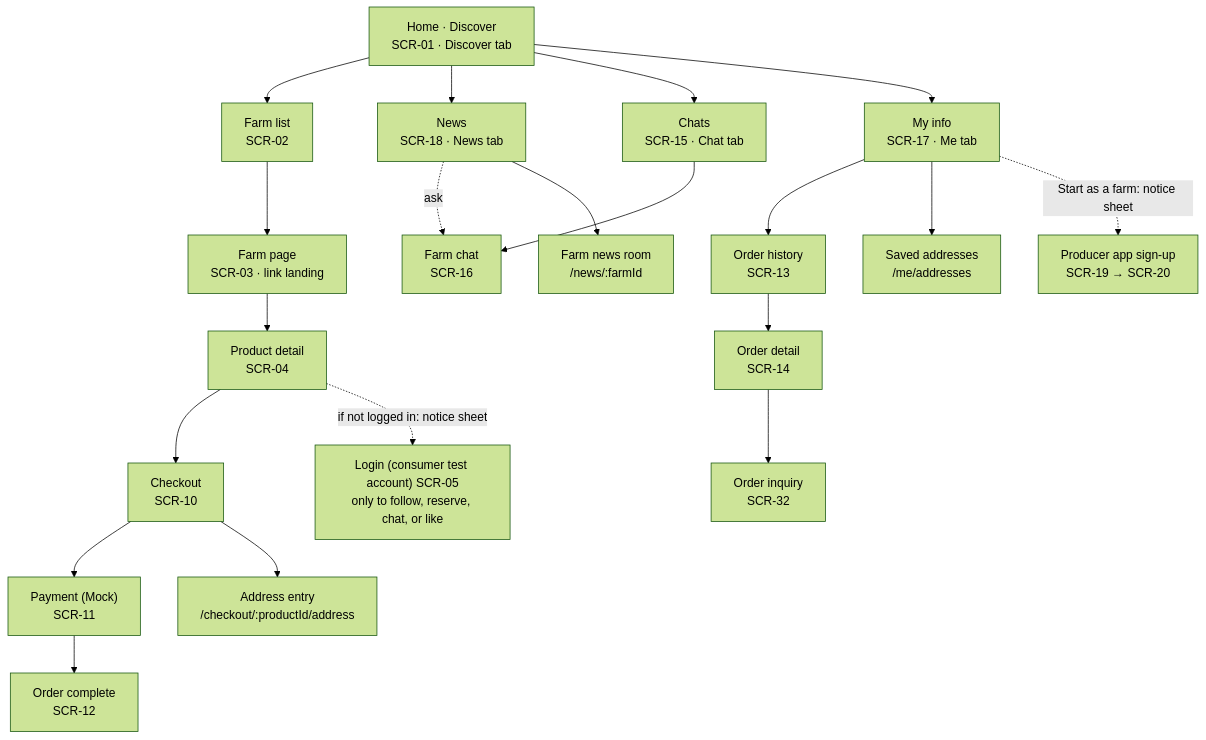
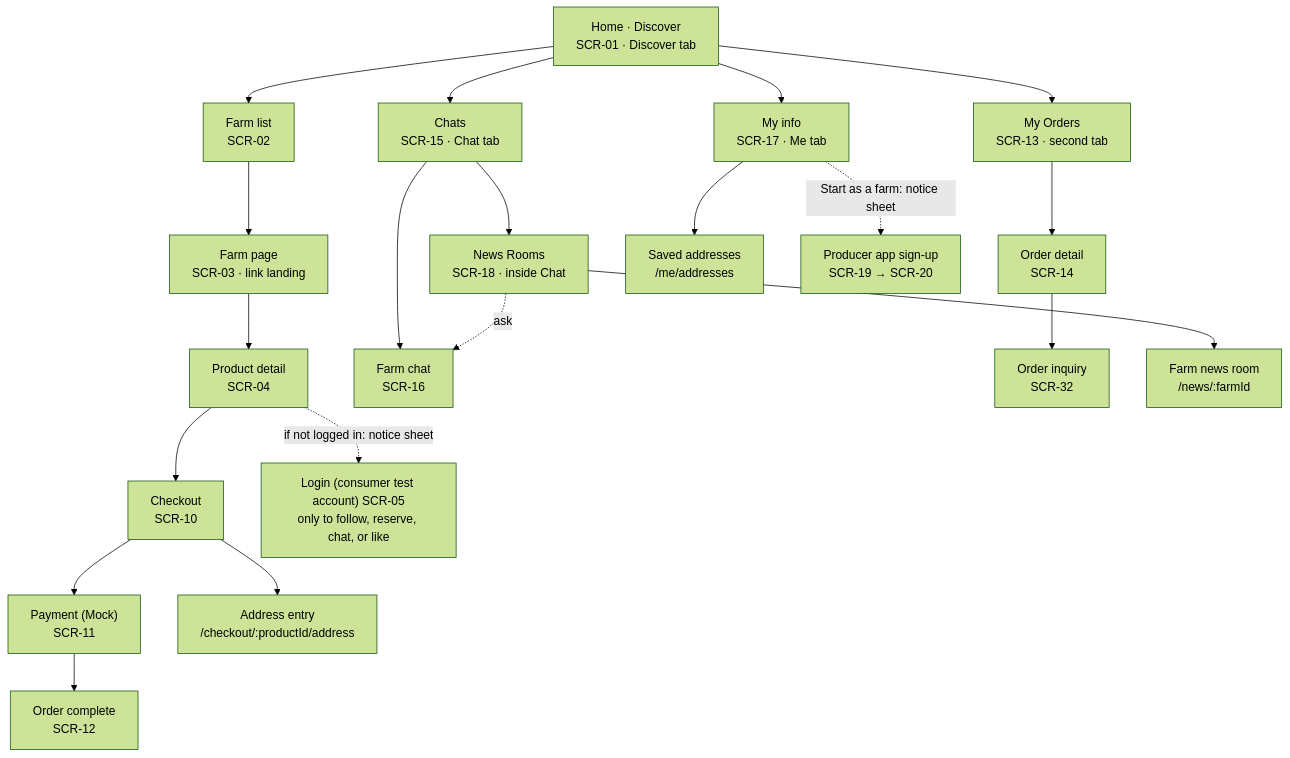
One commit to snuhcs-course/swpp-2026-project-team-06 changed the first of 5 diagrams in docs/wiki/Design-Documentation.md. Above: the diagram before and after it, drawn with Mermaid (forest theme). The commit also changed other lines of this file and 20 other files, not shown here.

````diff
--- a/docs/wiki/Design-Documentation.md
+++ b/docs/wiki/Design-Documentation.md
@@ -120,23 +120,23 @@
 ```mermaid
 flowchart TD
   root["Home · Discover<br/>SCR-01 · Discover tab"]
   root --> farms["Farm list<br/>SCR-02"]
-  root --> news["News<br/>SCR-18 · News tab"]
+  inbox --> news["News Rooms<br/>SCR-18 · inside Chat"]
   root --> inbox["Chats<br/>SCR-15 · Chat tab"]
   root --> me["My info<br/>SCR-17 · Me tab"]
-  me --> orders["Order history<br/>SCR-13"]
+  root --> orders["My Orders<br/>SCR-13 · second tab"]
   farms --> farm["Farm page<br/>SCR-03 · link landing"]
   farm --> product["Product detail<br/>SCR-04"]
   product --> checkout["Checkout<br/>SCR-10"]
   checkout --> pay["Payment (Mock)<br/>SCR-11"]
   pay --> done["Order complete<br/>SCR-12"]
   inbox --> thread["Farm chat<br/>SCR-16"]
   news -. ask .-> thread
   orders --> detail["Order detail<br/>SCR-14"]
   detail --> inquiry["Order inquiry<br/>SCR-32"]
   news --> room["Farm news room<br/>/news/:farmId"]
   me --> addresses["Saved addresses<br/>/me/addresses"]
   checkout --> address["Address entry<br/>/checkout/:productId/address"]
   product -. if not logged in: notice sheet .-> login["Login (consumer test account) SCR-05<br/>only to follow, reserve, chat, or like"]
   me -. Start as a farm: notice sheet .-> papp["Producer app sign-up<br/>SCR-19 → SCR-20"]
 ```
````
